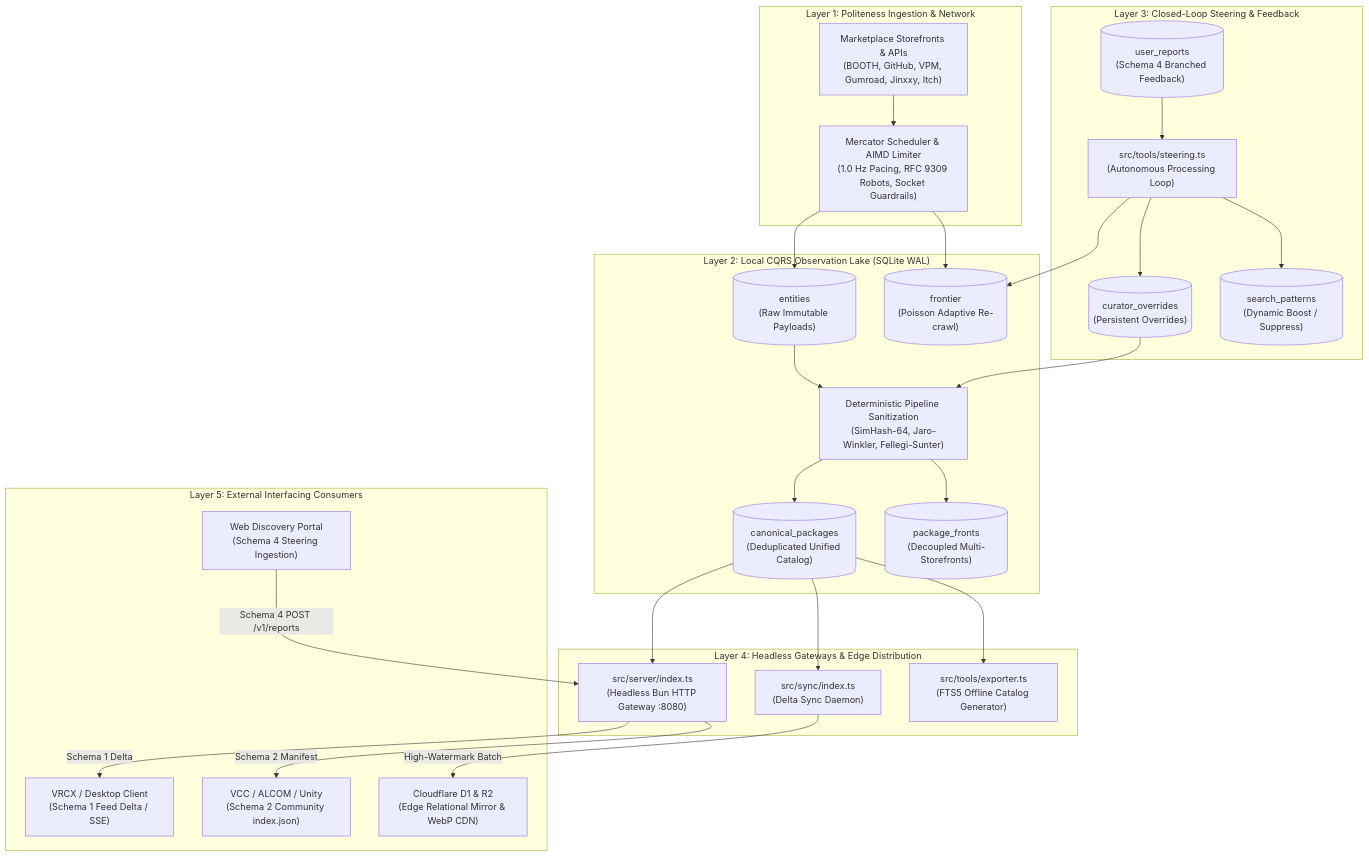
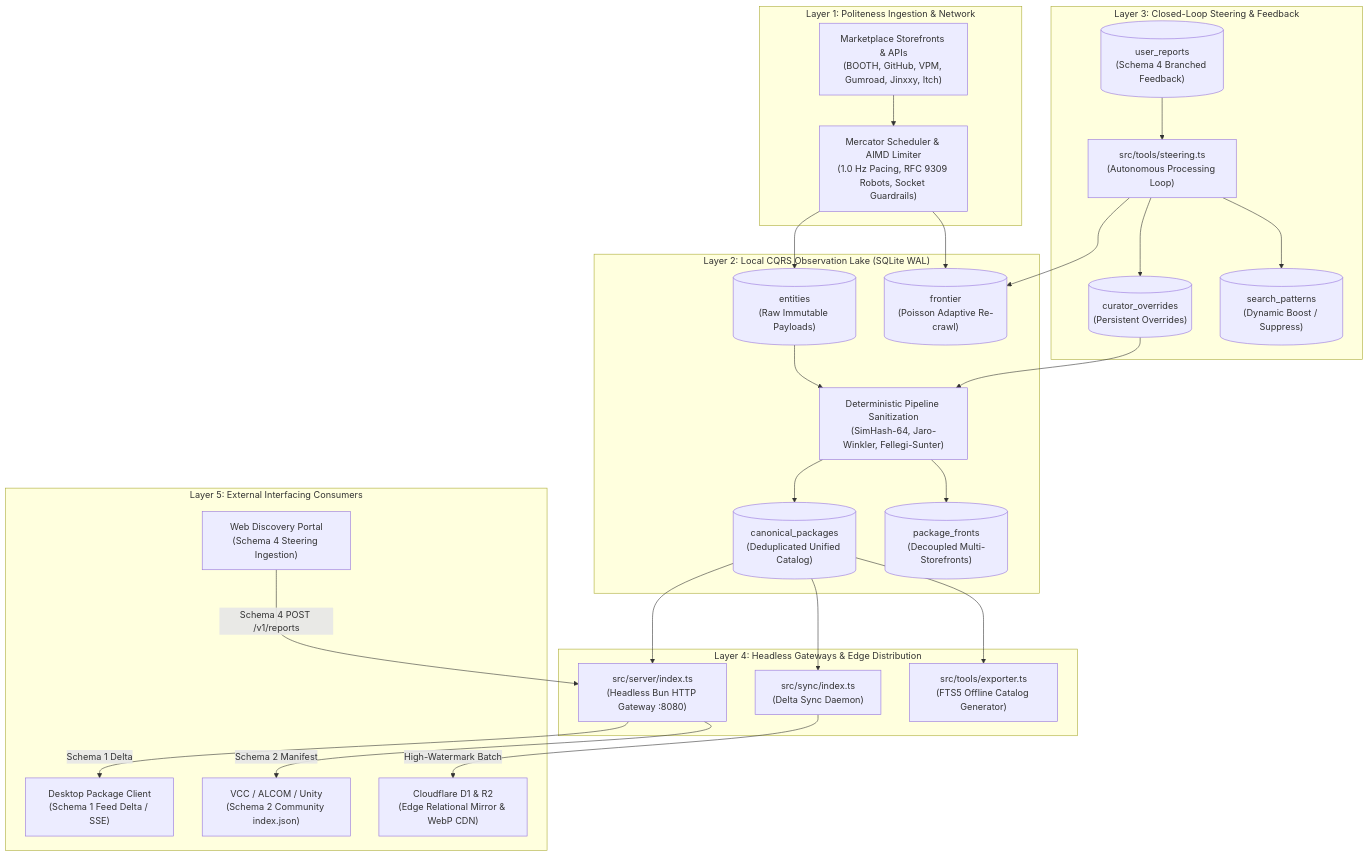
One commit to SlamTheDragon/vrc-package-crawler changed the diagram in AGENT.md. Above: the diagram before and after it, drawn with Mermaid. The commit also changed other lines of this file and 6 other files, not shown here.

````diff
--- a/AGENT.md
+++ b/AGENT.md
@@ -16,48 +16,48 @@
 ```mermaid
 flowchart TD
     subgraph "Layer 1: Politeness Ingestion & Network"
         DOM["Marketplace Storefronts & APIs\n(BOOTH, GitHub, VPM, Gumroad, Jinxxy, Itch)"]
         AIMD["Mercator Scheduler & AIMD Limiter\n(1.0 Hz Pacing, RFC 9309 Robots, Socket Guardrails)"]
         DOM --> AIMD
     end
 
     subgraph "Layer 2: Local CQRS Observation Lake (SQLite WAL)"
         AIMD --> LAKE[("entities\n(Raw Immutable Payloads)")]
         AIMD --> FRONTIER[("frontier\n(Poisson Adaptive Re-crawl)")]
         LAKE --> PIPELINE["Deterministic Pipeline Sanitization\n(SimHash-64, Jaro-Winkler, Fellegi-Sunter)"]
         PIPELINE --> CANONICAL[("canonical_packages\n(Deduplicated Unified Catalog)")]
         PIPELINE --> FRONTS[("package_fronts\n(Decoupled Multi-Storefronts)")]
     end
 
     subgraph "Layer 3: Closed-Loop Steering & Feedback"
         REPORTS[("user_reports\n(Schema 4 Branched Feedback)")]
         STEER["src/tools/steering.ts\n(Autonomous Processing Loop)"]
         OVERRIDES[("curator_overrides\n(Persistent Overrides)")]
         PATTERNS[("search_patterns\n(Dynamic Boost / Suppress)")]
         REPORTS --> STEER
         STEER --> OVERRIDES
         STEER --> PATTERNS
         STEER --> FRONTIER
         OVERRIDES --> PIPELINE
     end
 
     subgraph "Layer 4: Headless Gateways & Edge Distribution"
         HTTP["src/server/index.ts\n(Headless Bun HTTP Gateway :8080)"]
         SYNC["src/sync/index.ts\n(Delta Sync Daemon)"]
         EXPORT["src/tools/exporter.ts\n(FTS5 Offline Catalog Generator)"]
         CANONICAL --> HTTP
         CANONICAL --> SYNC
         CANONICAL --> EXPORT
     end
 
     subgraph "Layer 5: External Interfacing Consumers"
-        VRCX["VRCX / Desktop Client\n(Schema 1 Feed Delta / SSE)"]
+        DESKTOP["Desktop Package Client\n(Schema 1 Feed Delta / SSE)"]
         VCC["VCC / ALCOM / Unity\n(Schema 2 Community index.json)"]
         WEB["Web Discovery Portal\n(Schema 4 Steering Ingestion)"]
         D1["Cloudflare D1 & R2\n(Edge Relational Mirror & WebP CDN)"]
-        HTTP -->|Schema 1 Delta| VRCX
+        HTTP -->|Schema 1 Delta| DESKTOP
         HTTP -->|Schema 2 Manifest| VCC
         WEB -->|Schema 4 POST /v1/reports| HTTP
         SYNC -->|High-Watermark Batch| D1
     end
 ```
````
